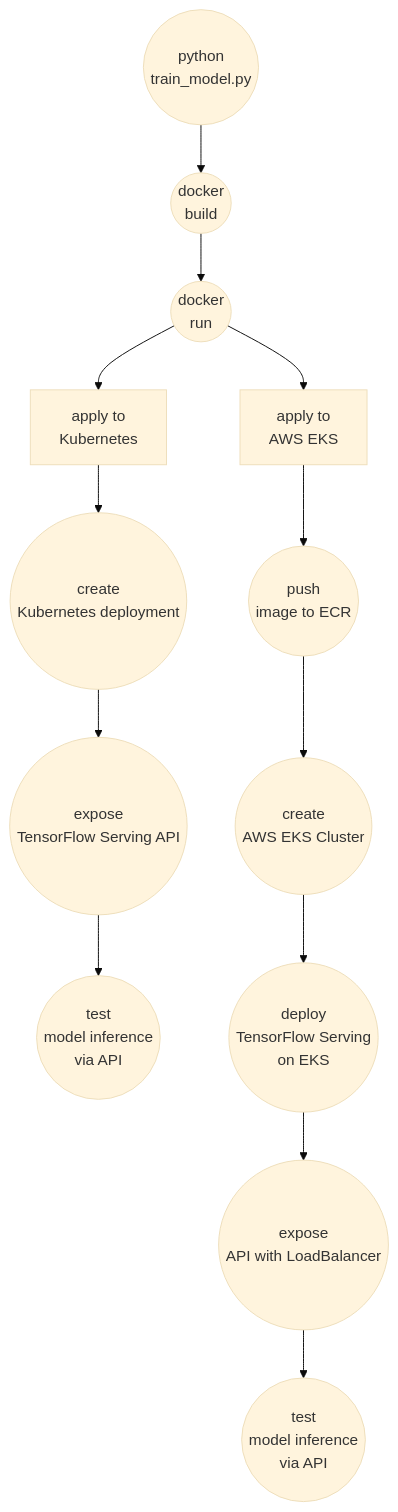
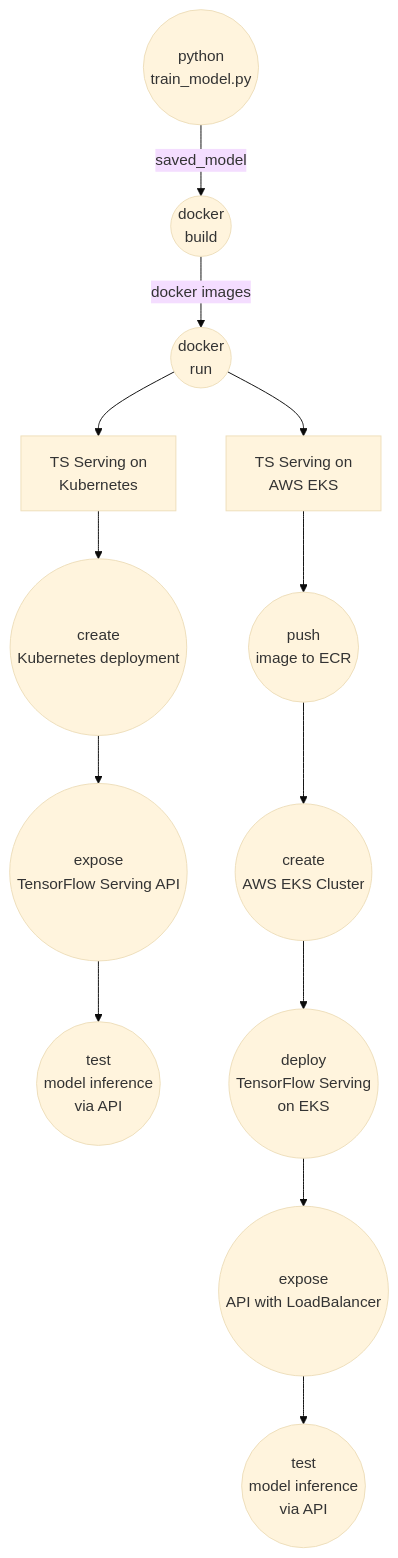
Before and after one commit to ketut-garjita/E-Commerce-Engagement-ML: the first of 3 diagrams in README.md, drawn with Mermaid (base theme).

````diff
--- a/README.md
+++ b/README.md
@@ -113,33 +113,33 @@
 ```mermaid
 graph TD
     A((python
-train_model.py)) --> B((docker
+train_model.py)) --> | saved_model | B((docker
 build))
-    B --> C((docker
+    B --> | docker images | C((docker
 run))
-    C --> D1[apply to 
+    C --> D1[TS Serving on 
 Kubernetes]
-    C --> D2[apply to 
+    C --> D2[TS Serving on
 AWS EKS]
     
     D1 --> E1((create
 Kubernetes deployment))
     E1 --> F1((expose
 TensorFlow Serving API))
     F1 --> G1((test 
 model inference
 via API))
 
     D2 --> E2((push
 image to ECR))
     E2 --> F2((create
 AWS EKS Cluster))
     F2 --> G2((deploy 
 TensorFlow Serving
 on EKS))
     G2 --> H2((expose
 API with LoadBalancer))
     H2 --> I2((test 
 model inference
 via API))
 ```
````
